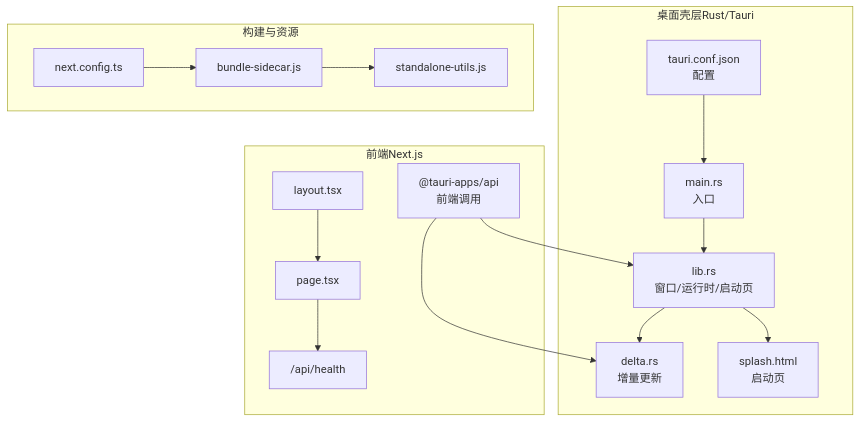
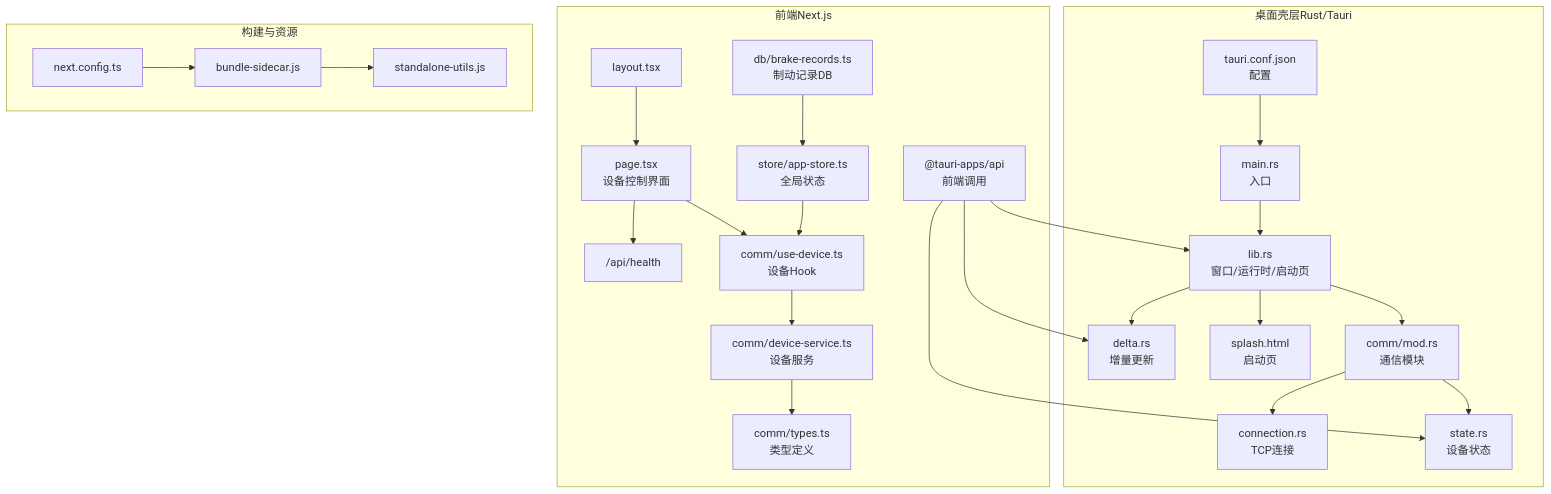
The second of 10 diagrams in .qoder/repowiki/zh/content/架构设计/架构设计.md (ggtiger/SSTS), drawn with Mermaid before and after one commit. The commit also changed other lines of this file and 12 other files, not shown here.

````diff
--- a/.qoder/repowiki/zh/content/架构设计/架构设计.md
+++ b/.qoder/repowiki/zh/content/架构设计/架构设计.md
@@ -135,31 +188,48 @@
 ```mermaid
 graph TB
 subgraph "桌面壳层Rust/Tauri"
 RMain["main.rs<br/>入口"]
 RLib["lib.rs<br/>窗口/运行时/启动页"]
 RDelta["delta.rs<br/>增量更新"]
 RSplash["splash.html<br/>启动页"]
 RTauriConf["tauri.conf.json<br/>配置"]
+RCommMod["comm/mod.rs<br/>通信模块"]
+RConn["connection.rs<br/>TCP连接"]
+RState["state.rs<br/>设备状态"]
 end
 subgraph "前端Next.js"
 NLayout["layout.tsx"]
-NPage["page.tsx"]
+NPage["page.tsx<br/>设备控制界面"]
 NHealth["/api/health"]
 NTauriAPI["@tauri-apps/api<br/>前端调用"]
+NCommTypes["comm/types.ts<br/>类型定义"]
+NDeviceService["comm/device-service.ts<br/>设备服务"]
+NDeviceHook["comm/use-device.ts<br/>设备Hook"]
+NAppStore["store/app-store.ts<br/>全局状态"]
+NBrakeDB["db/brake-records.ts<br/>制动记录DB"]
 end
 subgraph "构建与资源"
 Build["bundle-sidecar.js"]
 Utils["standalone-utils.js"]
 NextCfg["next.config.ts"]
 end
 RMain --> RLib
 RLib --> RDelta
 RLib --> RSplash
+RLib --> RCommMod
+RCommMod --> RConn
+RCommMod --> RState
 RTauriConf --> RMain
 Build --> Utils
 NextCfg --> Build
 NLayout --> NPage
 NPage --> NHealth
+NPage --> NDeviceHook
+NDeviceHook --> NDeviceService
+NDeviceService --> NCommTypes
+NAppStore --> NDeviceHook
+NBrakeDB --> NAppStore
 NTauriAPI --> RLib
 NTauriAPI --> RDelta
+NTauriAPI --> RState
 ```
````
